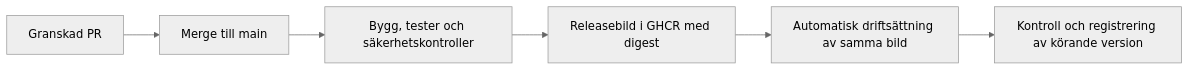
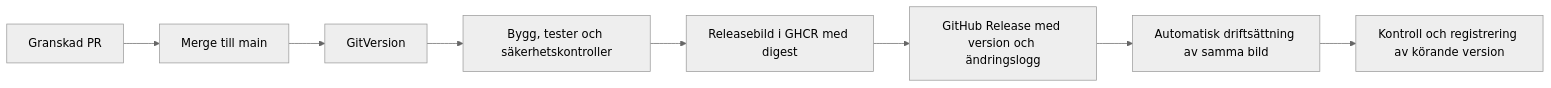
One commit to viscalyx/skyttel changed the third of 3 diagrams in docs/planning/technology-proposal.md. Above: the diagram before and after it, drawn with Mermaid (neutral theme). The commit also changed other lines of this file, not shown here.

Commit message:
docs: adopt GitVersion and GitHub release conventions

````diff
--- a/docs/planning/technology-proposal.md
+++ b/docs/planning/technology-proposal.md
@@ -569,8 +572,10 @@
 ```mermaid
 flowchart LR
   PR[Granskad PR] --> MAIN[Merge till main]
-  MAIN --> CI[Bygg, tester och säkerhetskontroller]
+  MAIN --> VERSION[GitVersion]
+  VERSION --> CI[Bygg, tester och säkerhetskontroller]
   CI --> GHCR[Releasebild i GHCR med digest]
-  GHCR --> RENDER[Automatisk driftsättning av samma bild]
+  GHCR --> RELEASE[GitHub Release med version och ändringslogg]
+  RELEASE --> RENDER[Automatisk driftsättning av samma bild]
   RENDER --> VERIFY[Kontroll och registrering av körande version]
 ```
````
